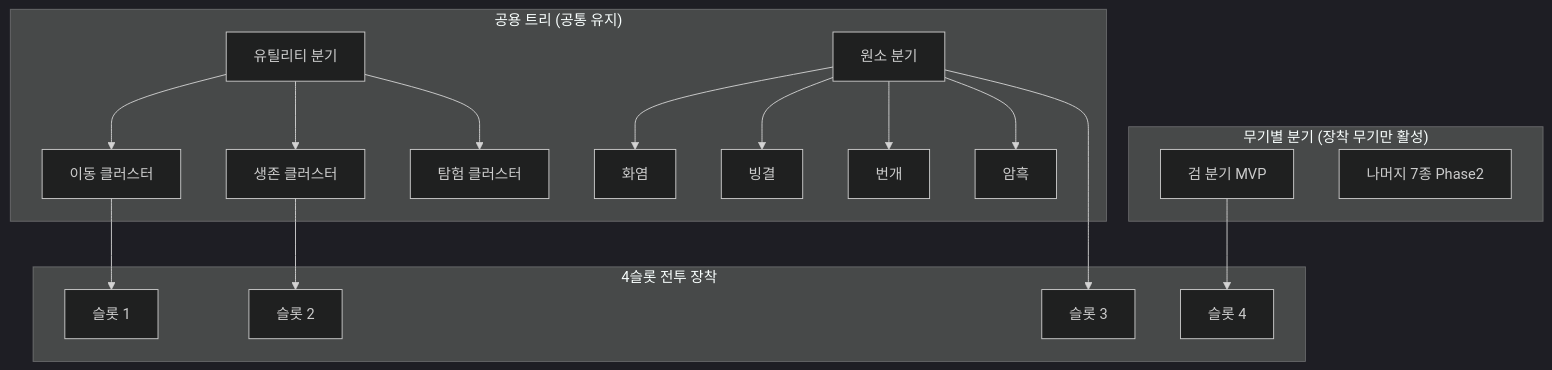
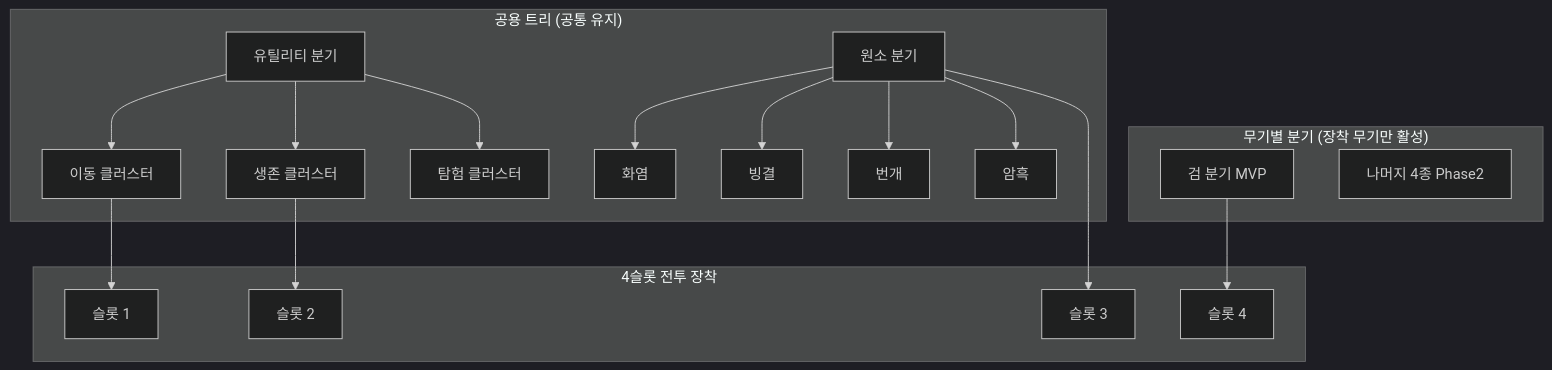
One commit to Biskraft/ProjectAbyss changed the first of 2 diagrams in Documents/System/System_Growth_SkillTree.md. Above: the diagram before and after it, drawn with Mermaid (dark theme). The commit also changed other lines of this file and 62 other files, not shown here.

````diff
--- a/Documents/System/System_Growth_SkillTree.md
+++ b/Documents/System/System_Growth_SkillTree.md
@@ -143,31 +142,31 @@
 ```mermaid
 graph TD
     subgraph "공용 트리 (공통 유지)"
         UT[유틸리티 분기]
         EL[원소 분기]
         UT --> MV[이동 클러스터]
         UT --> SV[생존 클러스터]
         UT --> EX[탐험 클러스터]
         EL --> FR[화염]
         EL --> IC[빙결]
         EL --> LT[번개]
         EL --> DK[암흑]
     end
 
     subgraph "무기별 분기 (장착 무기만 활성)"
         SW[검 분기 MVP]
-        WPN[나머지 7종 Phase2]
+        WPN[나머지 4종 Phase2]
     end
 
     subgraph "4슬롯 전투 장착"
         S1[슬롯 1]
         S2[슬롯 2]
         S3[슬롯 3]
         S4[슬롯 4]
     end
 
     MV --> S1
     SV --> S2
     EL --> S3
     SW --> S4
 ```
````
